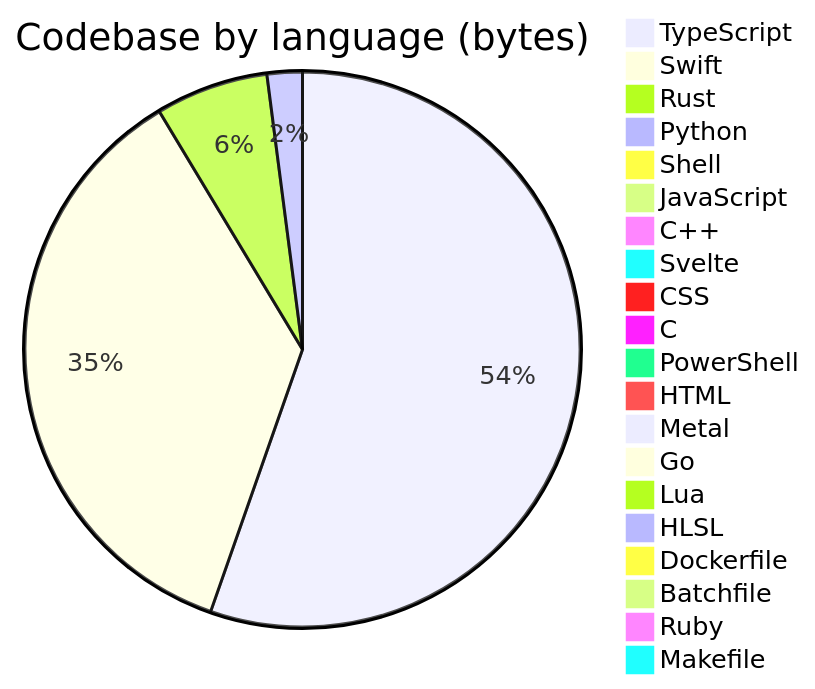
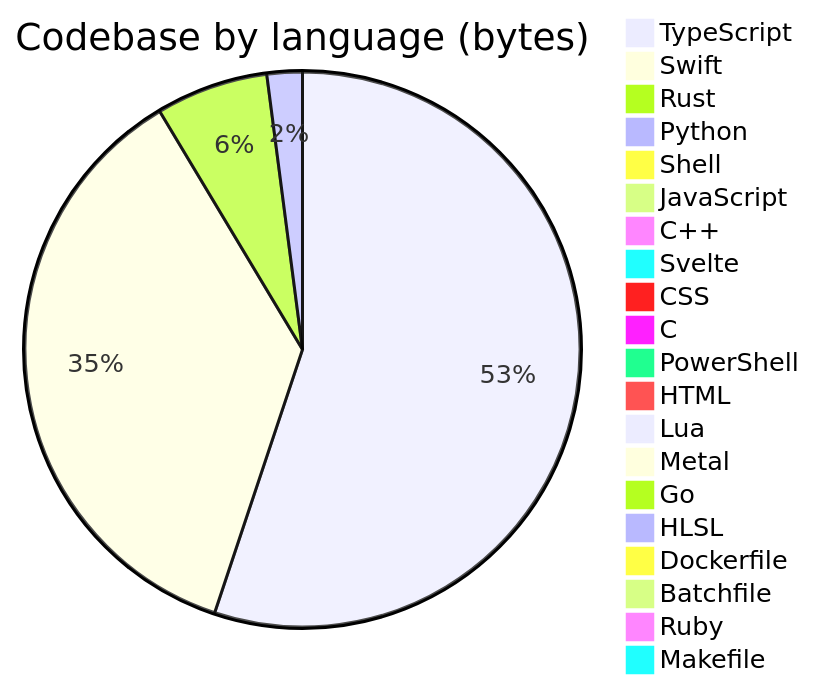
The diagram in profile/README.md (Open330/.github), drawn with Mermaid before and after one commit. The commit also changed other lines of this file, not shown here.

````diff
--- a/profile/README.md
+++ b/profile/README.md
@@ -132,23 +132,23 @@
 ```mermaid
 pie title Codebase by language (bytes)
-    "TypeScript" : 34820598
-    "Swift" : 22652440
+    "TypeScript" : 34829859
+    "Swift" : 22923043
     "Rust" : 4128908
-    "Python" : 1289979
-    "Shell" : 447062
-    "JavaScript" : 399159
+    "Python" : 1300435
+    "Shell" : 462299
+    "JavaScript" : 400989
     "C++" : 388775
     "Svelte" : 275766
     "CSS" : 152218
     "C" : 118462
-    "PowerShell" : 98390
+    "PowerShell" : 98688
     "HTML" : 92692
+    "Lua" : 48814
     "Metal" : 33192
     "Go" : 22811
-    "Lua" : 11687
     "HLSL" : 7527
     "Dockerfile" : 6524
     "Batchfile" : 5660
     "Ruby" : 3229
     "Makefile" : 1307
 ```
````
